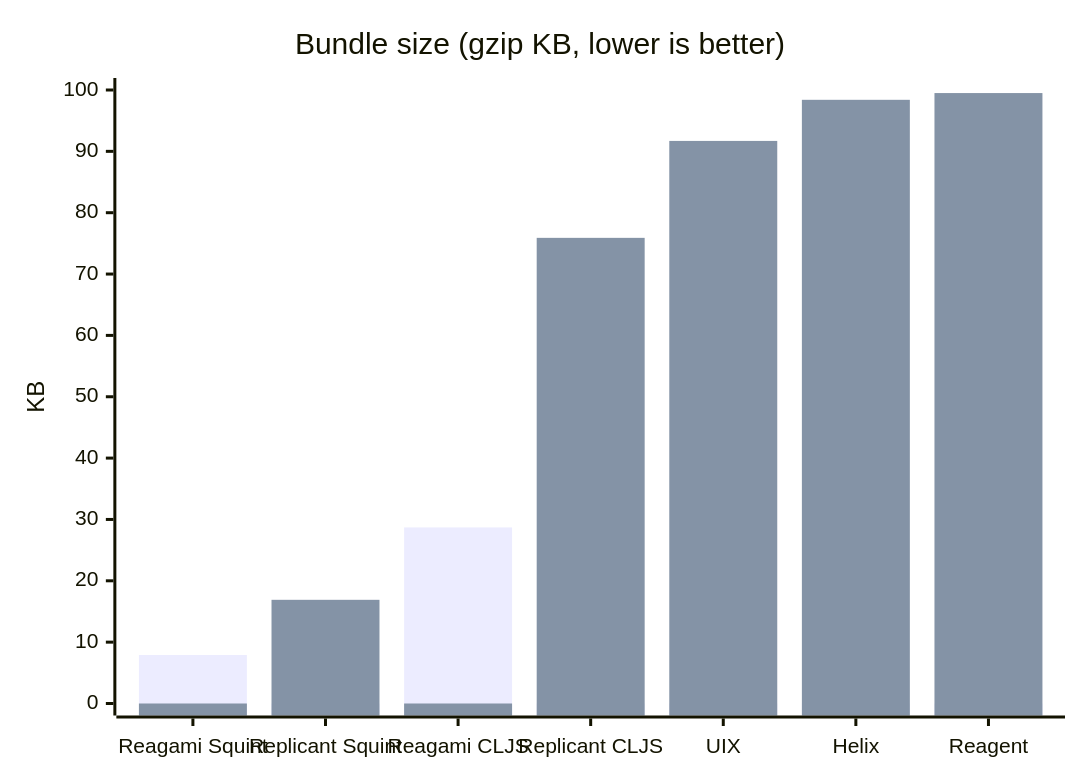
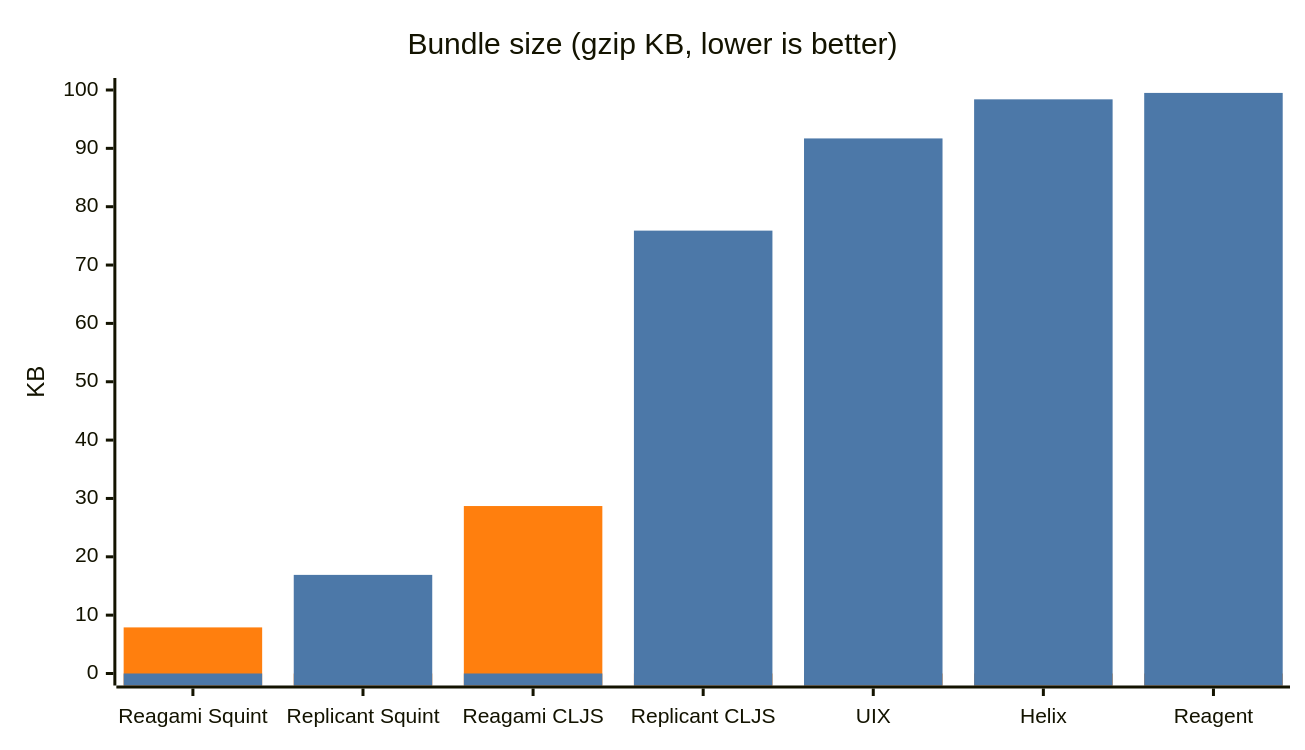
Before and after one commit to borkdude/reagami: the second of 2 diagrams in doc/benchmarks.md, drawn with Mermaid. The commit also changed other lines of this file and 1 other file, not shown here.

Commit message:
Mermaid bar colors (#43)

````diff
--- a/doc/benchmarks.md
+++ b/doc/benchmarks.md
@@ -88,13 +92,17 @@
 ```mermaid
 ---
 config:
   xyChart:
-    plotColorPalette: "#ff7f0e, #4c78a8"
+    width: 850
+    height: 480
+  themeVariables:
+    xyChart:
+      plotColorPalette: "#ff7f0e, #4c78a8"
 ---
 xychart-beta
     title "Bundle size (gzip KB, lower is better)"
     x-axis ["Reagami Squint", "Replicant Squint", "Reagami CLJS", "Replicant CLJS", "UIX", "Helix", "Reagent"]
     y-axis "KB" 0 --> 100
     bar [7.9, 0, 28.7, 0, 0, 0, 0]
     bar [0, 16.9, 0, 75.9, 91.7, 98.4, 99.5]
 ```
````
